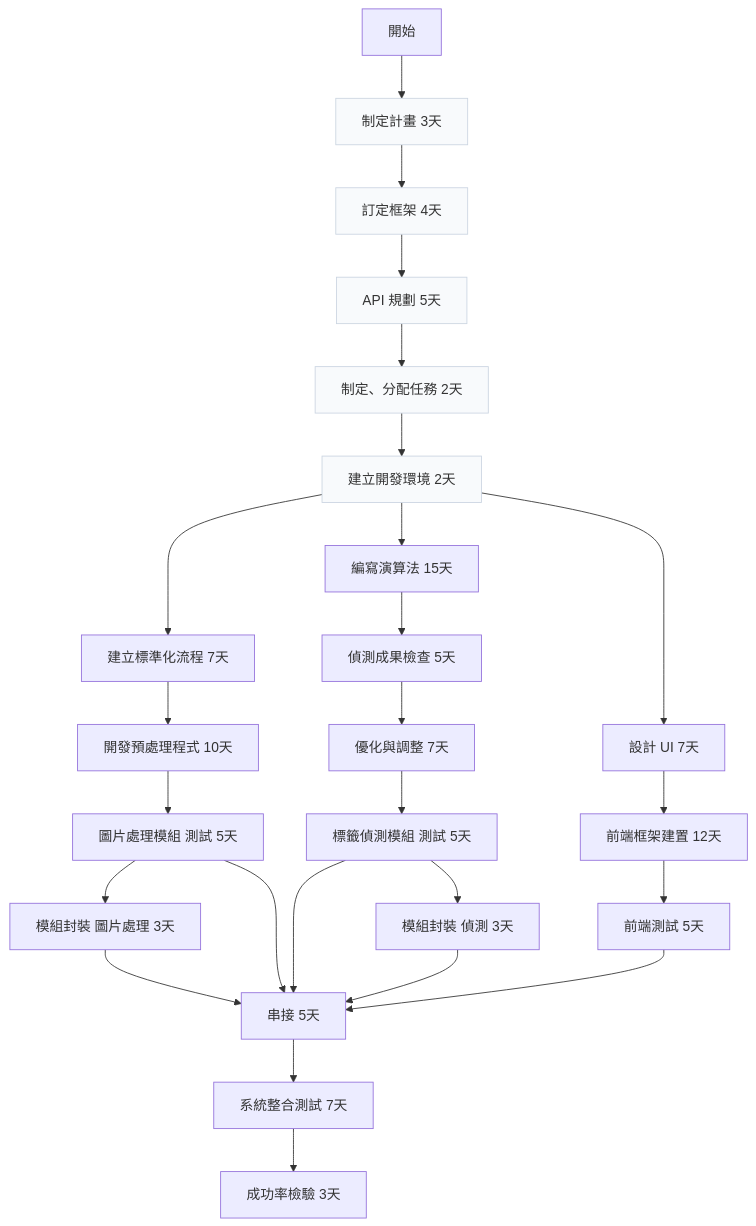
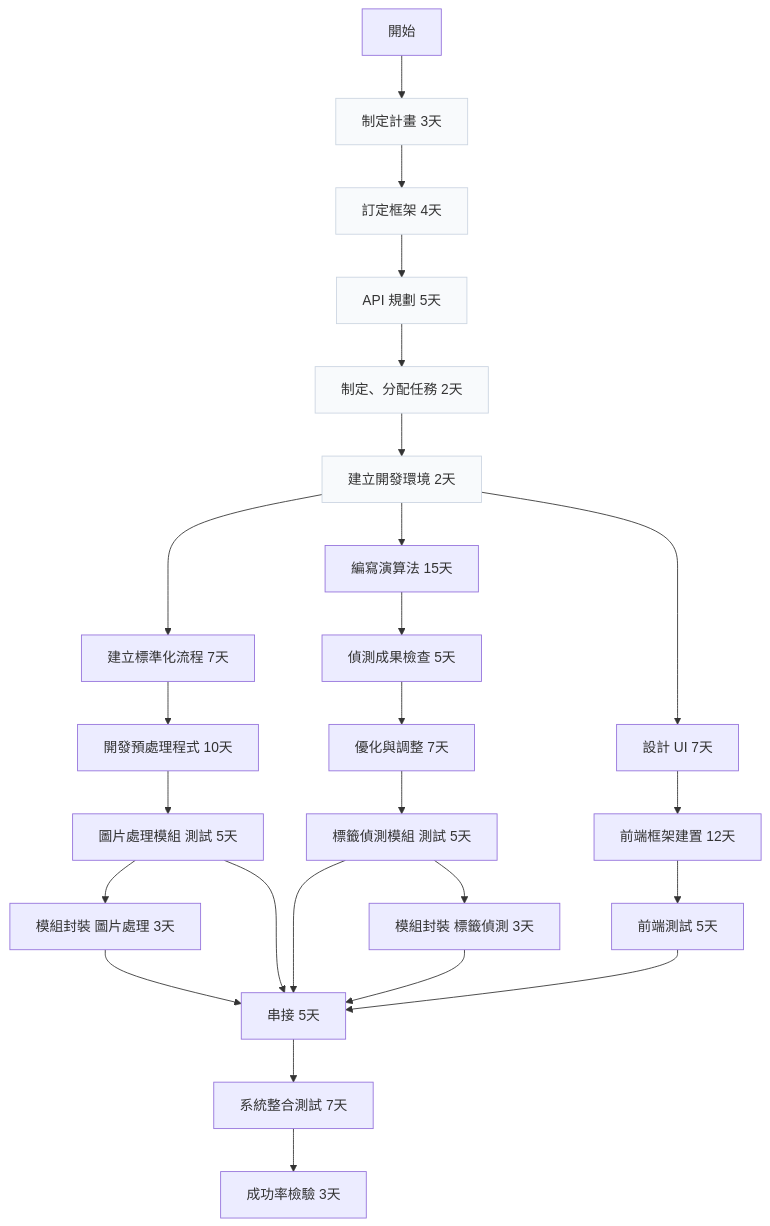
The second of 2 diagrams in Planning.md (shu498/SASDteam3), drawn with Mermaid before and after one commit.

````diff
--- a/Planning.md
+++ b/Planning.md
@@ -69,35 +69,35 @@
 ```mermaid
 flowchart TD
     Start["開始"] --> A["制定計畫 3天"]
     A --> B["訂定框架 4天"]
     B --> C["API 規劃 5天"]
     C --> D["制定、分配任務 2天"]
     D --> DEV["建立開發環境 2天"]
 
     DEV --> IMG1["建立標準化流程 7天"]
     IMG1 --> IMG2["開發預處理程式 10天"]
     IMG2 --> IMG3["圖片處理模組 測試 5天"]
     IMG3 --> IMG4["模組封裝 圖片處理 3天"]
 
     DEV --> DET1["編寫演算法 15天"]
     DET1 --> DET2["偵測成果檢查 5天"]
     DET2 --> DET3["優化與調整 7天"]
     DET3 --> DET4["標籤偵測模組 測試 5天"]
-    DET4 --> DET5["模組封裝 偵測 3天"]
+    DET4 --> DET5["模組封裝 標籤偵測 3天"]
 
     DEV --> FE1["設計 UI 7天"]
     FE1 --> FE2["前端框架建置 12天"]
     FE2 --> FE3["前端測試 5天"]
 
     IMG4 --> INT["串接 5天"]
     IMG3 --> INT
     DET4 --> INT
     DET5 --> INT
     FE3 --> INT
 
     INT --> SYS["系統整合測試 7天"]
     SYS --> OK["成功率檢驗 3天"]
 
     classDef startGroup fill:#f8fafc,stroke:#cbd5e1;
     class A,B,C,D,DEV startGroup;
 ```
````
